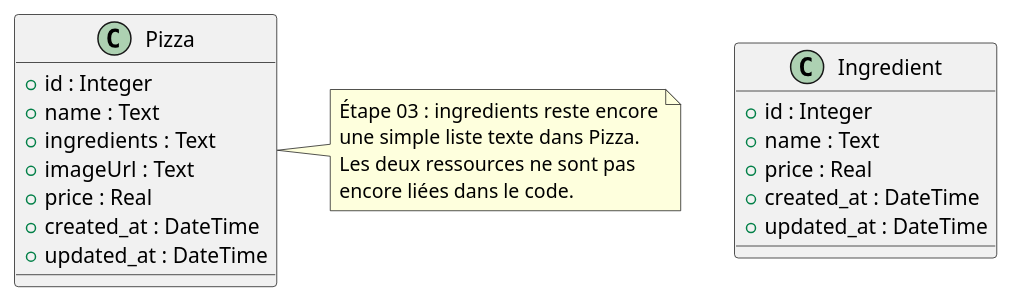
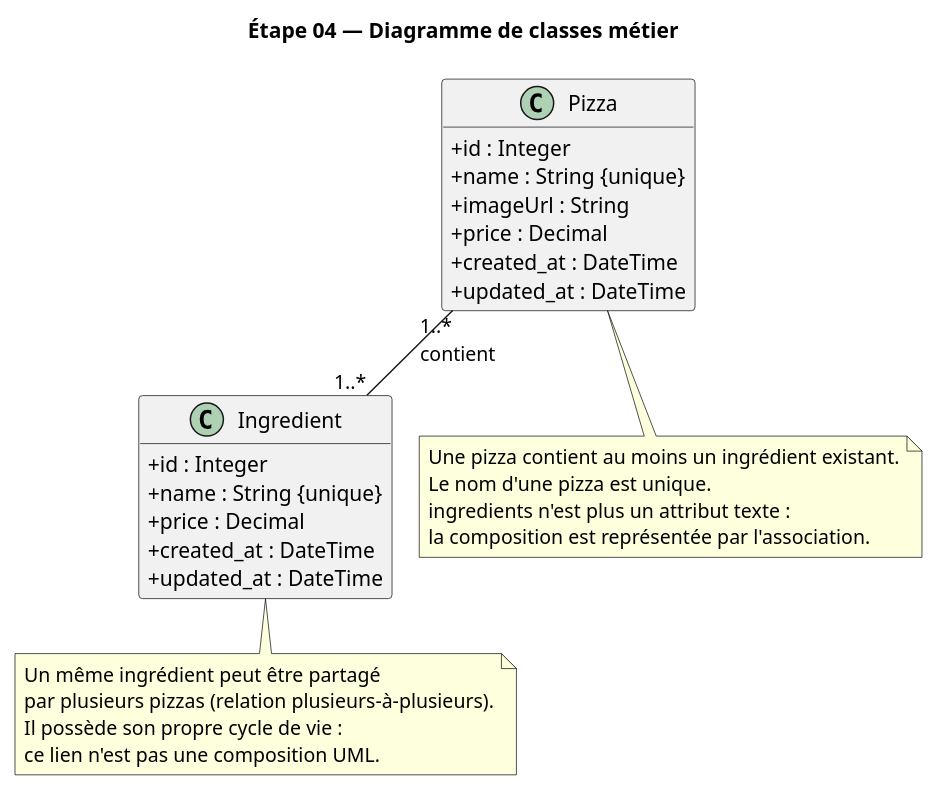
Before and after one commit to TimmyMarendaz/I321-Marendaz-Timmy: the diagram in docs/class_diagram.puml, drawn with PlantUML. The commit also changed 6 other files, not shown here.

```diff
--- a/docs/class_diagram.puml
+++ b/docs/class_diagram.puml
@@ -1,28 +1,40 @@
 @startuml
+!pragma layout smetana
+title Étape 04 — Diagramme de classes métier
+skinparam classAttributeIconSize 0
+hide methods
 
 class Pizza {
   + id : Integer
-  + name : Text
-  + ingredients : Text
-  + imageUrl : Text
-  + price : Real
+  + name : String {unique}
+  + imageUrl : String
+  + price : Decimal
   + created_at : DateTime
   + updated_at : DateTime
 }
 
 class Ingredient {
   + id : Integer
-  + name : Text
-  + price : Real
+  + name : String {unique}
+  + price : Decimal
   + created_at : DateTime
   + updated_at : DateTime
 }
 
-note right of Pizza
-  Étape 03 : ingredients reste encore
-  une simple liste texte dans Pizza.
-  Les deux ressources ne sont pas
-  encore liées dans le code.
+Pizza "1..*" -- "1..*" Ingredient : contient >
+
+note bottom of Pizza
+  Une pizza contient au moins un ingrédient existant.
+  Le nom d'une pizza est unique.
+  ingredients n'est plus un attribut texte :
+  la composition est représentée par l'association.
+end note
+
+note bottom of Ingredient
+  Un même ingrédient peut être partagé
+  par plusieurs pizzas (relation plusieurs-à-plusieurs).
+  Il possède son propre cycle de vie :
+  ce lien n'est pas une composition UML.
 end note
 
 @enduml
```
